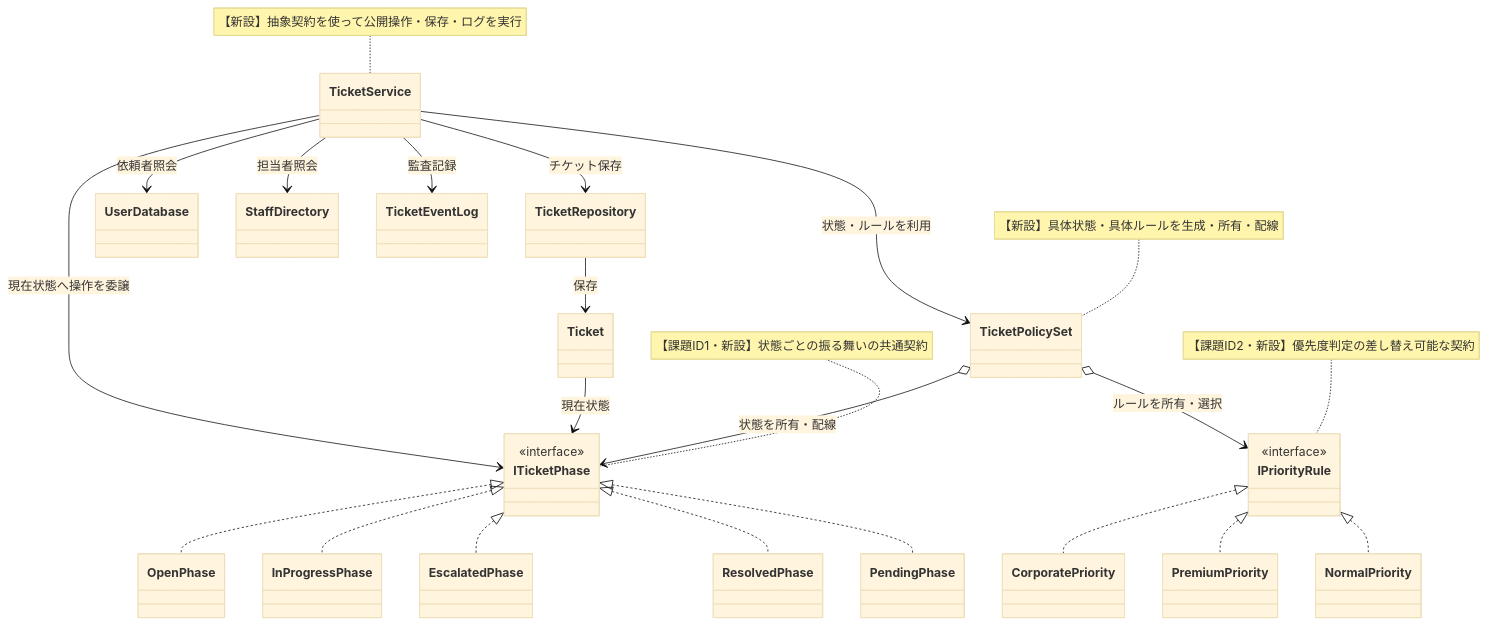
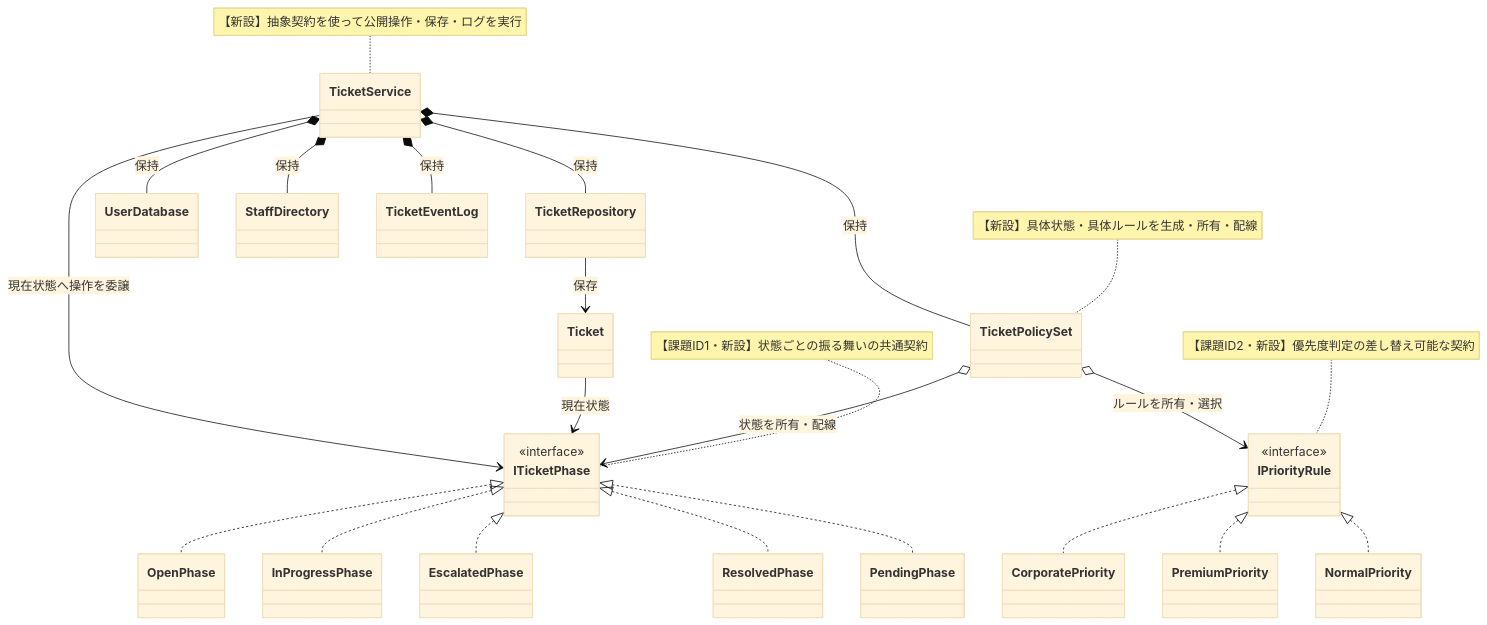
Before and after one commit to kumachan1101-pixel/DesignPattern: diagram 16 of 22 in kindle/design-patterns/output/chapter09_2.md, drawn with Mermaid (base theme). The commit also changed other lines of this file and 1 other file, not shown here.

First line of the commit message:
EDIT-016: TicketServiceの依存を値メンバへ戻す

````diff
--- a/kindle/design-patterns/output/chapter09_2.md
+++ b/kindle/design-patterns/output/chapter09_2.md
@@ -2297,46 +2291,46 @@
 ```mermaid
 classDiagram
     class TicketService
     class TicketPolicySet
     class TicketRepository
     class UserDatabase
     class StaffDirectory
     class TicketEventLog
     class Ticket
     class ITicketPhase { <<interface>> }
     class OpenPhase
     class InProgressPhase
     class EscalatedPhase
     class ResolvedPhase
     class PendingPhase
     class IPriorityRule { <<interface>> }
     class CorporatePriority
     class PremiumPriority
     class NormalPriority
-    TicketService --> TicketRepository : チケット保存
-    TicketService --> UserDatabase : 依頼者照会
-    TicketService --> StaffDirectory : 担当者照会
-    TicketService --> TicketEventLog : 監査記録
-    TicketService --> TicketPolicySet : 状態・ルールを利用
+    TicketService *-- TicketRepository : 保持
+    TicketService *-- UserDatabase : 保持
+    TicketService *-- StaffDirectory : 保持
+    TicketService *-- TicketEventLog : 保持
+    TicketService *-- TicketPolicySet : 保持
     TicketPolicySet o--> ITicketPhase : 状態を所有・配線
     TicketPolicySet o--> IPriorityRule : ルールを所有・選択
     TicketRepository --> Ticket : 保存
     Ticket --> ITicketPhase : 現在状態
     TicketService --> ITicketPhase : 現在状態へ操作を委譲
     ITicketPhase <|.. OpenPhase
     ITicketPhase <|.. InProgressPhase
     ITicketPhase <|.. EscalatedPhase
     ITicketPhase <|.. ResolvedPhase
     ITicketPhase <|.. PendingPhase
     IPriorityRule <|.. CorporatePriority
     IPriorityRule <|.. PremiumPriority
     IPriorityRule <|.. NormalPriority
 
     note for ITicketPhase "【課題ID1・新設】状態ごとの振る舞いの共通契約"
     note for IPriorityRule "【課題ID2・新設】優先度判定の差し替え可能な契約"
     note for TicketPolicySet "【新設】具体状態・具体ルールを生成・所有・配線"
     note for TicketService "【新設】抽象契約を使って公開操作・保存・ログを実行"
 
     classDef focus fill:#FFF2CC,stroke:#D6B656,stroke-width:2px,color:#222222
     cssClass "TicketService,TicketPolicySet,ITicketPhase,OpenPhase,InProgressPhase,EscalatedPhase,ResolvedPhase,PendingPhase,IPriorityRule,CorporatePriority,PremiumPriority,NormalPriority" focus
 ```
````
